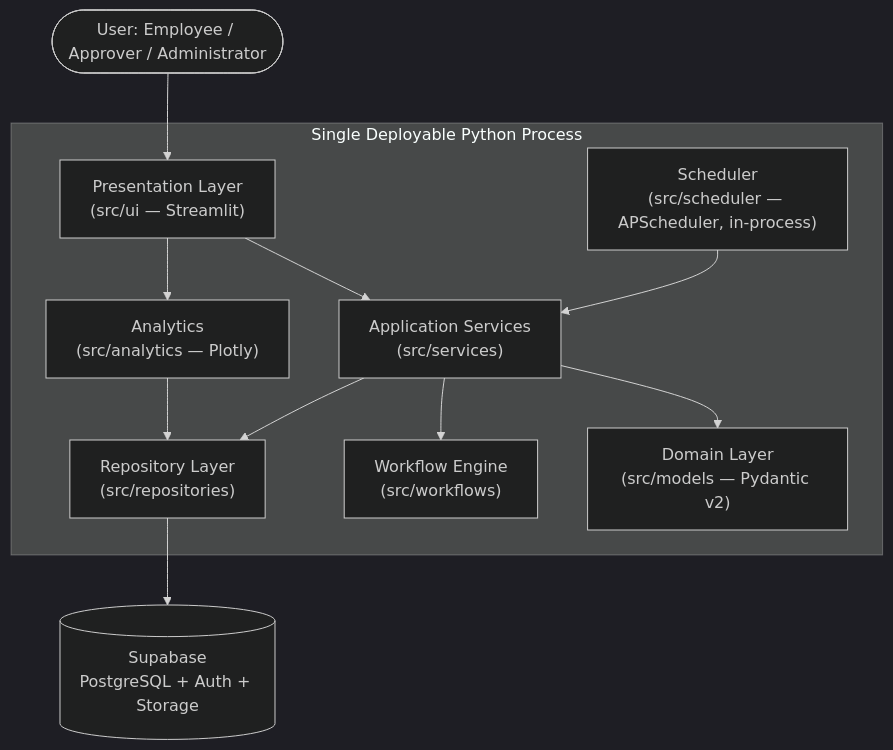
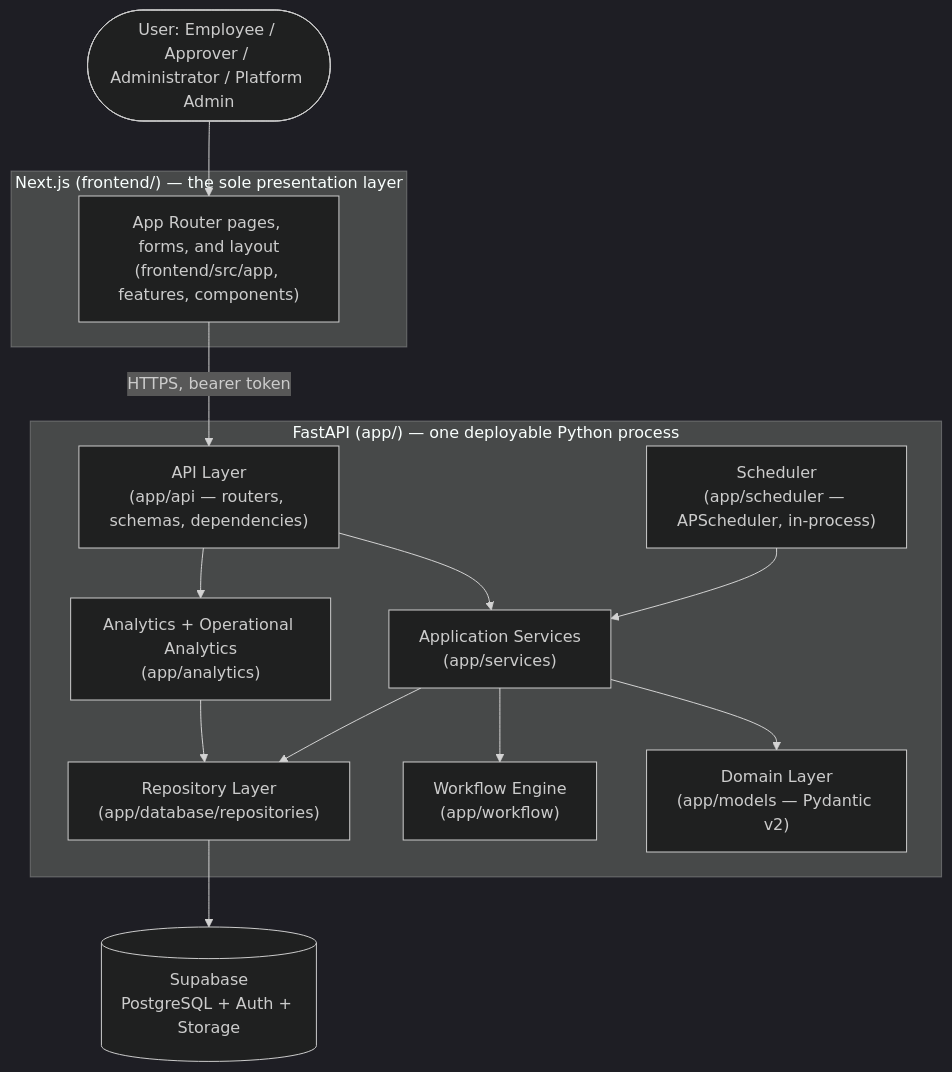
The diagram in README.md (ayeshashahzad565-dev/enterprise-automation-hub), drawn with Mermaid (dark theme) before and after one commit. The commit also changed other lines of this file and 826 other files, not shown here.

````diff
--- a/README.md
+++ b/README.md
@@ -60,24 +65,29 @@
 ```mermaid
 flowchart TB
-    User([User: Employee / Approver / Administrator]) --> UI
+    User([User: Employee / Approver / Administrator / Platform Admin]) --> FE
 
-    subgraph App["Single Deployable Python Process"]
-        UI["Presentation Layer<br/>(src/ui — Streamlit)"]
-        SVC["Application Services<br/>(src/services)"]
-        DOM["Domain Layer<br/>(src/models — Pydantic v2)"]
-        WF["Workflow Engine<br/>(src/workflows)"]
-        REPO["Repository Layer<br/>(src/repositories)"]
-        SCHED["Scheduler<br/>(src/scheduler — APScheduler, in-process)"]
-        ANALYTICS["Analytics<br/>(src/analytics — Plotly)"]
+    subgraph Frontend["Next.js (frontend/) — the sole presentation layer"]
+        FE["App Router pages, forms, and layout<br/>(frontend/src/app, features, components)"]
     end
 
-    UI --> SVC
+    subgraph Backend["FastAPI (app/) — one deployable Python process"]
+        API["API Layer<br/>(app/api — routers, schemas, dependencies)"]
+        SVC["Application Services<br/>(app/services)"]
+        DOM["Domain Layer<br/>(app/models — Pydantic v2)"]
+        WF["Workflow Engine<br/>(app/workflow)"]
+        REPO["Repository Layer<br/>(app/database/repositories)"]
+        SCHED["Scheduler<br/>(app/scheduler — APScheduler, in-process)"]
+        ANALYTICS["Analytics + Operational Analytics<br/>(app/analytics)"]
+    end
+
+    FE -->|"HTTPS, bearer token"| API
+    API --> SVC
     SVC --> DOM
     SVC --> WF
     SVC --> REPO
     SCHED --> SVC
-    UI --> ANALYTICS
+    API --> ANALYTICS
     ANALYTICS --> REPO
 
     REPO --> Supabase[(Supabase<br/>PostgreSQL + Auth + Storage)]
 ```
````
